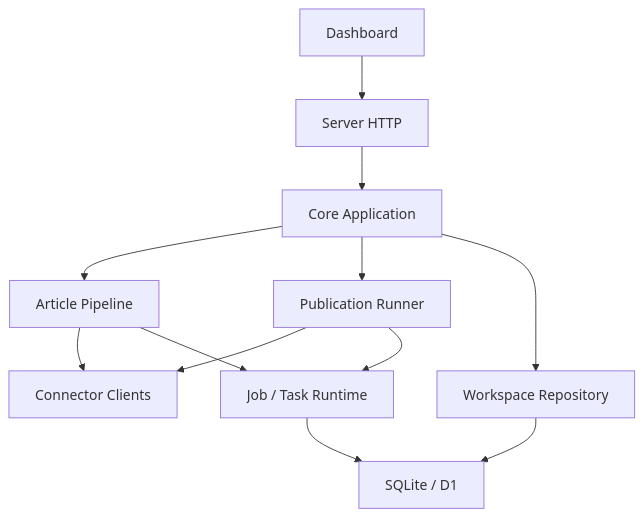
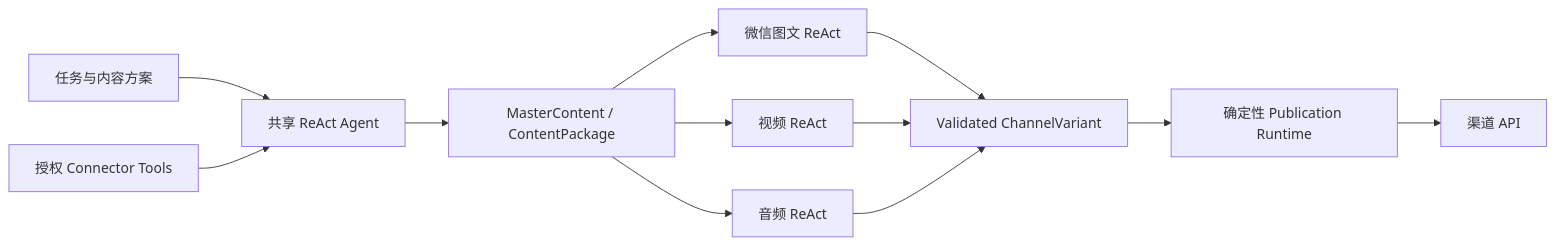
The diagram in docs/architecture.md (liyown/ai-trend-publish), drawn with Mermaid before and after one commit. The commit also changed other lines of this file and 7 other files, not shown here.

````diff
--- a/docs/architecture.md
+++ b/docs/architecture.md
@@ -5,14 +5,14 @@
 ```mermaid
-flowchart TB
-  UI["Dashboard"] --> HTTP["Server HTTP"]
-  HTTP --> APP["Core Application"]
-  APP --> ARTICLE["Article Pipeline"]
-  APP --> PUB["Publication Runner"]
-  ARTICLE --> CONN["Connector Clients"]
-  PUB --> CONN
-  ARTICLE --> RUN["Job / Task Runtime"]
-  PUB --> RUN
-  APP --> WS["Workspace Repository"]
-  WS --> DB["SQLite / D1"]
-  RUN --> DB
+flowchart LR
+  TASK["任务与内容方案"] --> MASTER["共享 ReAct Agent"]
+  TOOLS["授权 Connector Tools"] --> MASTER
+  MASTER --> PACKAGE["MasterContent / ContentPackage"]
+  PACKAGE --> WX["微信图文 ReAct"]
+  PACKAGE --> VIDEO["视频 ReAct"]
+  PACKAGE --> AUDIO["音频 ReAct"]
+  WX --> PREPARED["Validated ChannelVariant"]
+  VIDEO --> PREPARED
+  AUDIO --> PREPARED
+  PREPARED --> RUNTIME["确定性 Publication Runtime"]
+  RUNTIME --> CHANNEL["渠道 API"]
 ```
````
